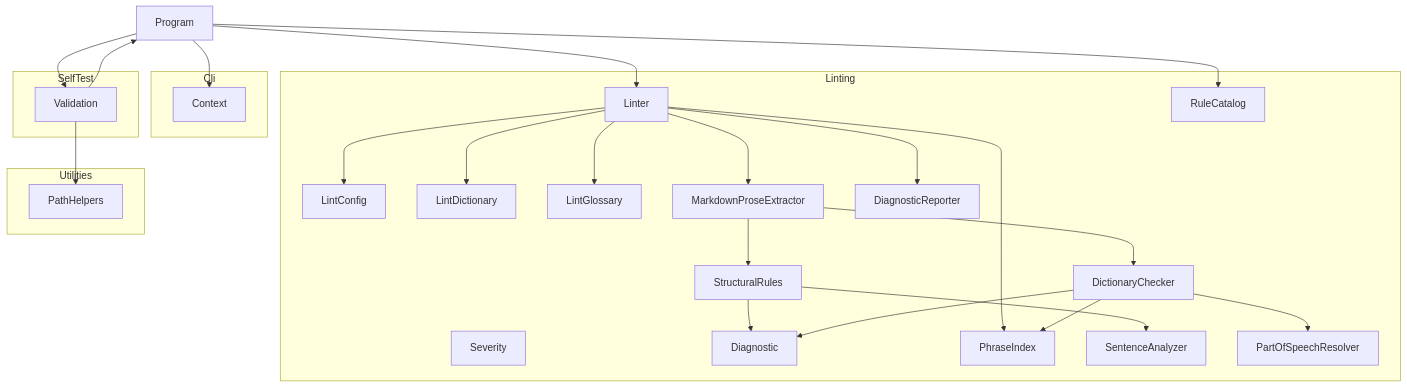
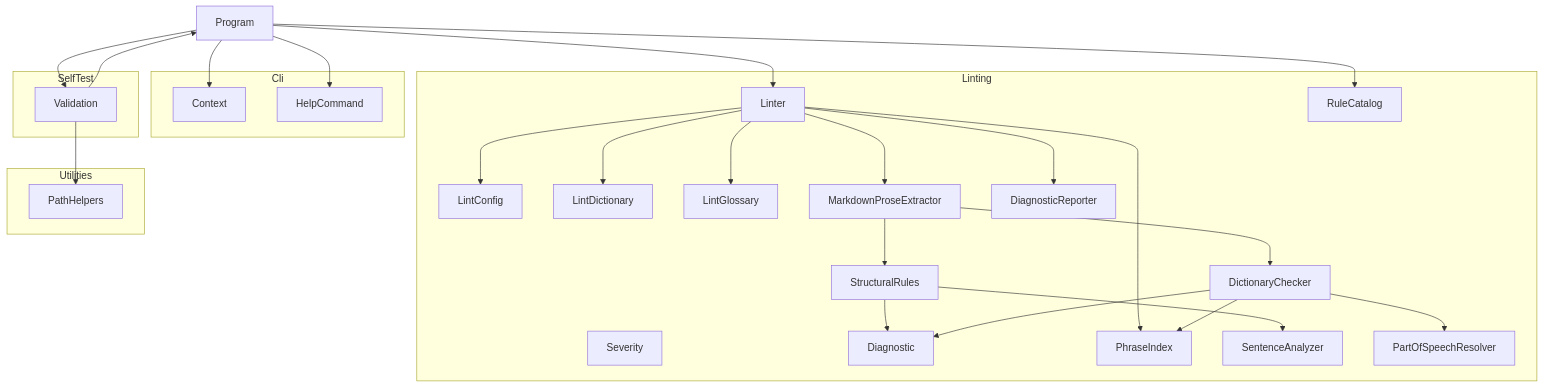
Before and after one commit to demaconsulting/Ste100Mark: the diagram in docs/design/ste100-mark.md, drawn with Mermaid. The commit also changed other lines of this file and 69 other files, not shown here.

````diff
--- a/docs/design/ste100-mark.md
+++ b/docs/design/ste100-mark.md
@@ -11,48 +11,50 @@
 ```mermaid
 flowchart TD
     Program
     subgraph Cli
         Context
+        HelpCommand
     end
     subgraph Linting
         Severity
         Diagnostic
         LintConfig
         LintDictionary
         LintGlossary
         PhraseIndex
         MarkdownProseExtractor
         SentenceAnalyzer
         StructuralRules
         DictionaryChecker
         PartOfSpeechResolver
         DiagnosticReporter
         Linter
         RuleCatalog
     end
     subgraph SelfTest
         Validation
     end
     subgraph Utilities
         PathHelpers
     end
+    Program --> HelpCommand
     Program --> Context
     Program --> Linter
     Program --> Validation
     Program --> RuleCatalog
     Validation --> Program
     Validation --> PathHelpers
     Linter --> LintConfig
     Linter --> LintDictionary
     Linter --> LintGlossary
     Linter --> PhraseIndex
     Linter --> MarkdownProseExtractor
     MarkdownProseExtractor --> StructuralRules
     MarkdownProseExtractor --> DictionaryChecker
     StructuralRules --> SentenceAnalyzer
     StructuralRules --> Diagnostic
     DictionaryChecker --> Diagnostic
     DictionaryChecker --> PartOfSpeechResolver
     DictionaryChecker --> PhraseIndex
     Linter --> DiagnosticReporter
 ```
````
